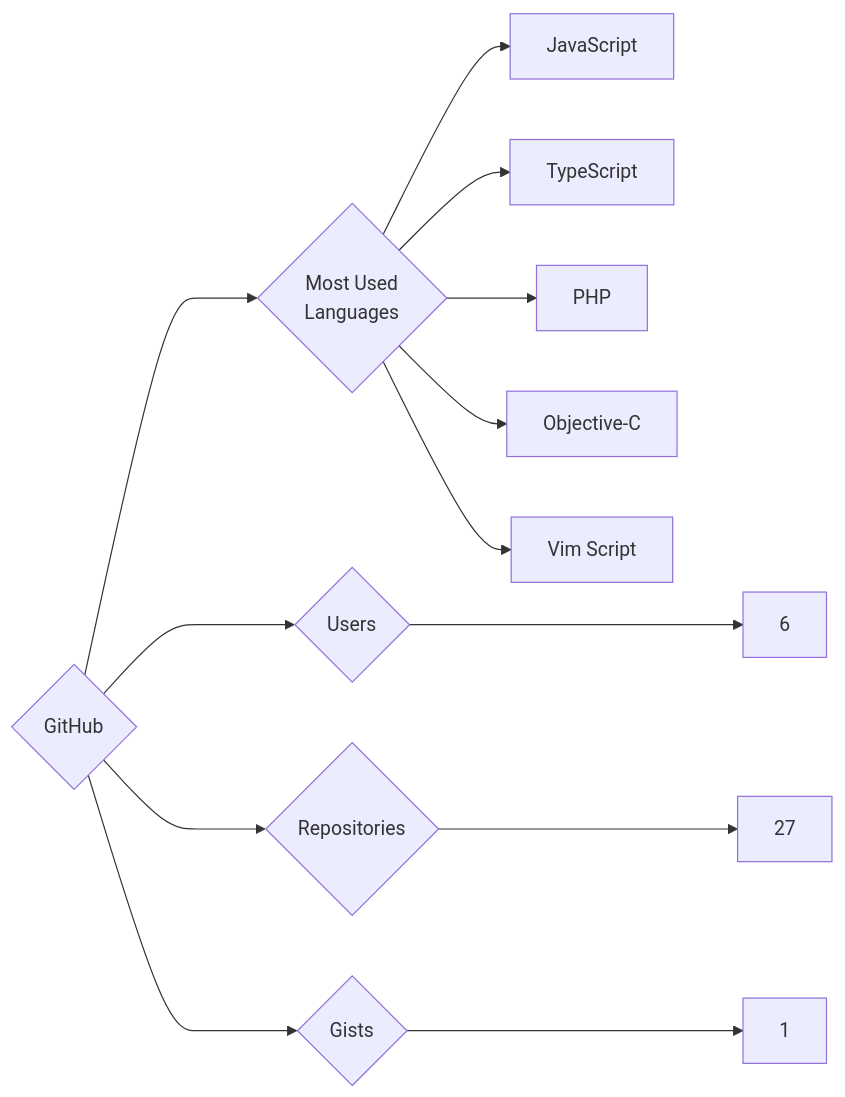
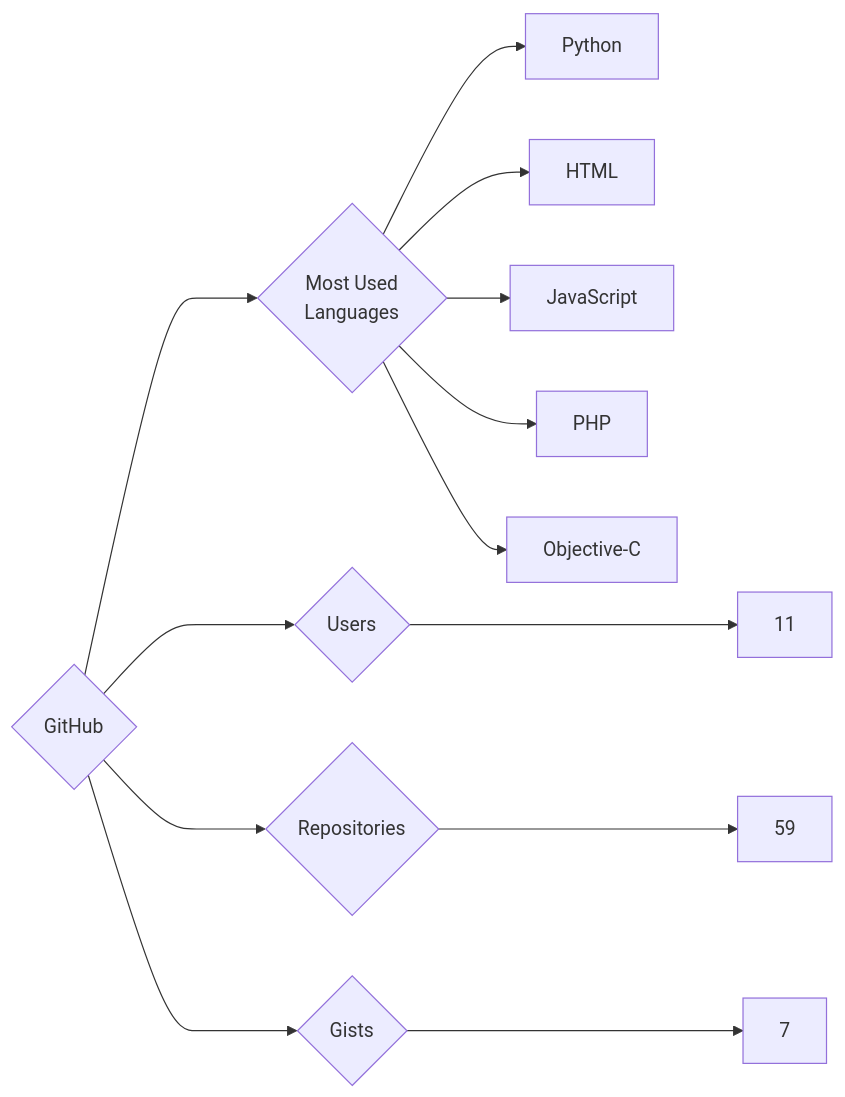
One commit to trickest/insiders changed the diagram in targets/GitHub/README.md. Above: the diagram before and after it, drawn with Mermaid. The commit also changed 942 other files, not shown here.

````diff
--- a/targets/GitHub/README.md
+++ b/targets/GitHub/README.md
@@ -3,13 +3,13 @@
 ```mermaid
 graph LR
 COMPANY_NAME{GitHub}
-COMPANY_NAME ---> U{Users} ---> UN[6]
-COMPANY_NAME ---> R{Repositories} ---> RN[27]
-COMPANY_NAME ---> G{Gists} ---> GN[1]
+COMPANY_NAME ---> U{Users} ---> UN[11]
+COMPANY_NAME ---> R{Repositories} ---> RN[59]
+COMPANY_NAME ---> G{Gists} ---> GN[7]
 COMPANY_NAME ---> ML{Most Used<br>Languages}
+ML --> Python[Python]
+ML --> HTML[HTML]
 ML --> JavaScript[JavaScript]
-ML --> TypeScript[TypeScript]
 ML --> PHP[PHP]
 ML --> Objective-C[Objective-C]
-ML --> Vim_Script[Vim Script]
 ```
````
